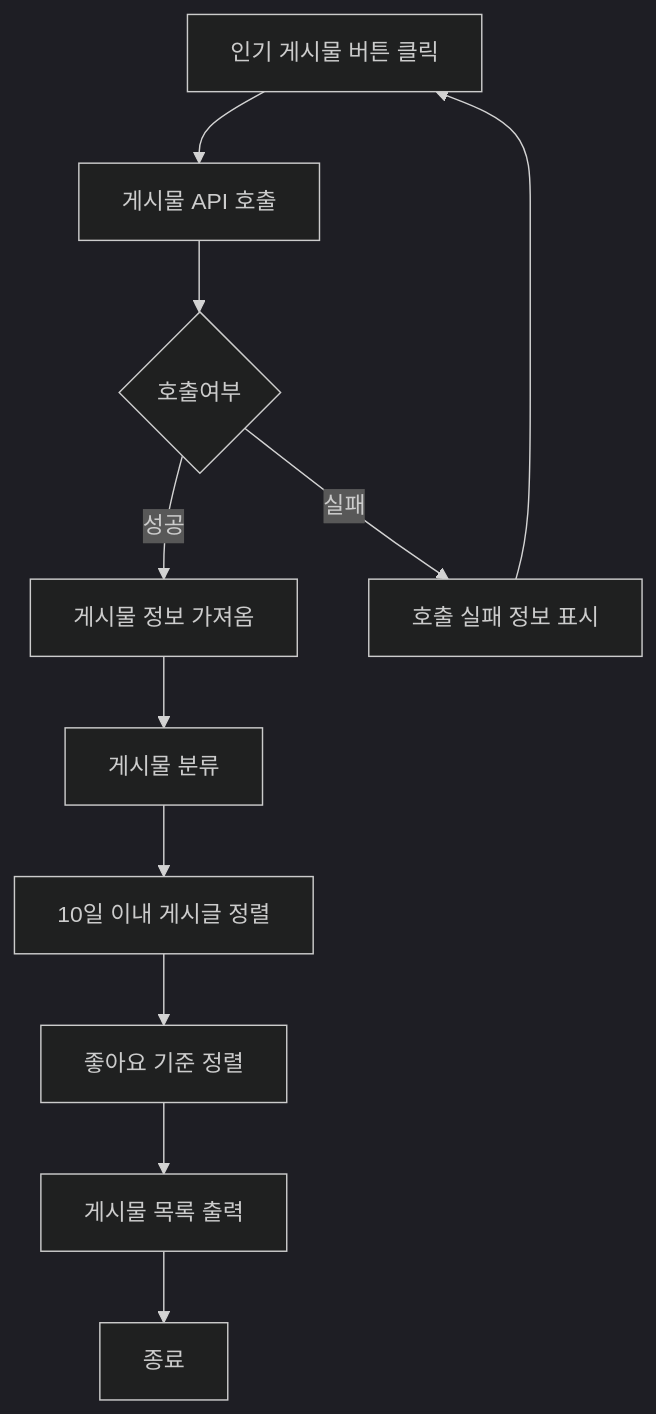
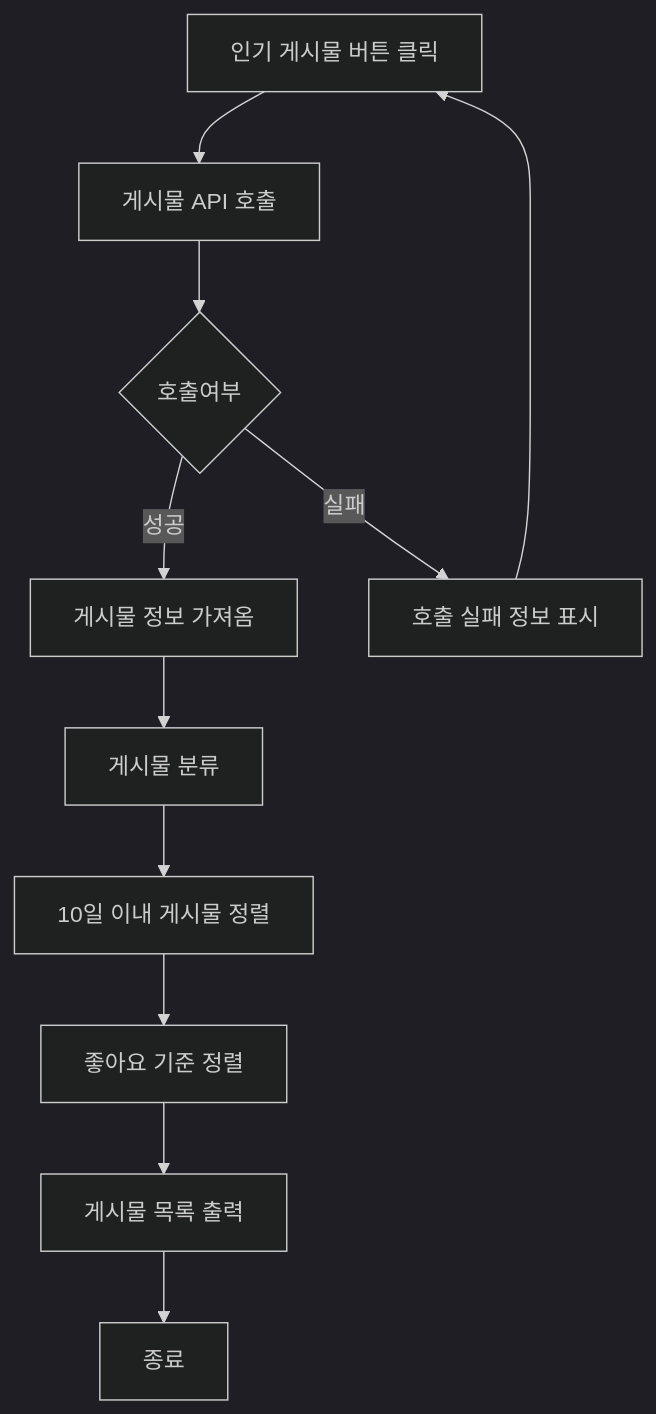
Before and after one commit to Dev-FE-2/3_swim_diary: diagram 21 of 40 in design/기능정의서.md, drawn with Mermaid (dark theme). The commit also changed other lines of this file, not shown here.

````diff
--- a/design/기능정의서.md
+++ b/design/기능정의서.md
@@ -464,13 +463,13 @@
     ```mermaid
     flowchart TD
     A[인기 게시물 버튼 클릭] --> B[게시물 API 호출]
     B --> C{호출여부}
     C -- 성공 --> D[게시물 정보 가져옴]
     C -- 실패 --> E[호출 실패 정보 표시]
     E --> A
     D --> F[게시물 분류]
-    F --> G[10일 이내 게시글 정렬]
+    F --> G[10일 이내 게시물 정렬]
     G --> H[좋아요 기준 정렬]
     H --> I[게시물 목록 출력]
     I --> Z[종료]
     ```
````
